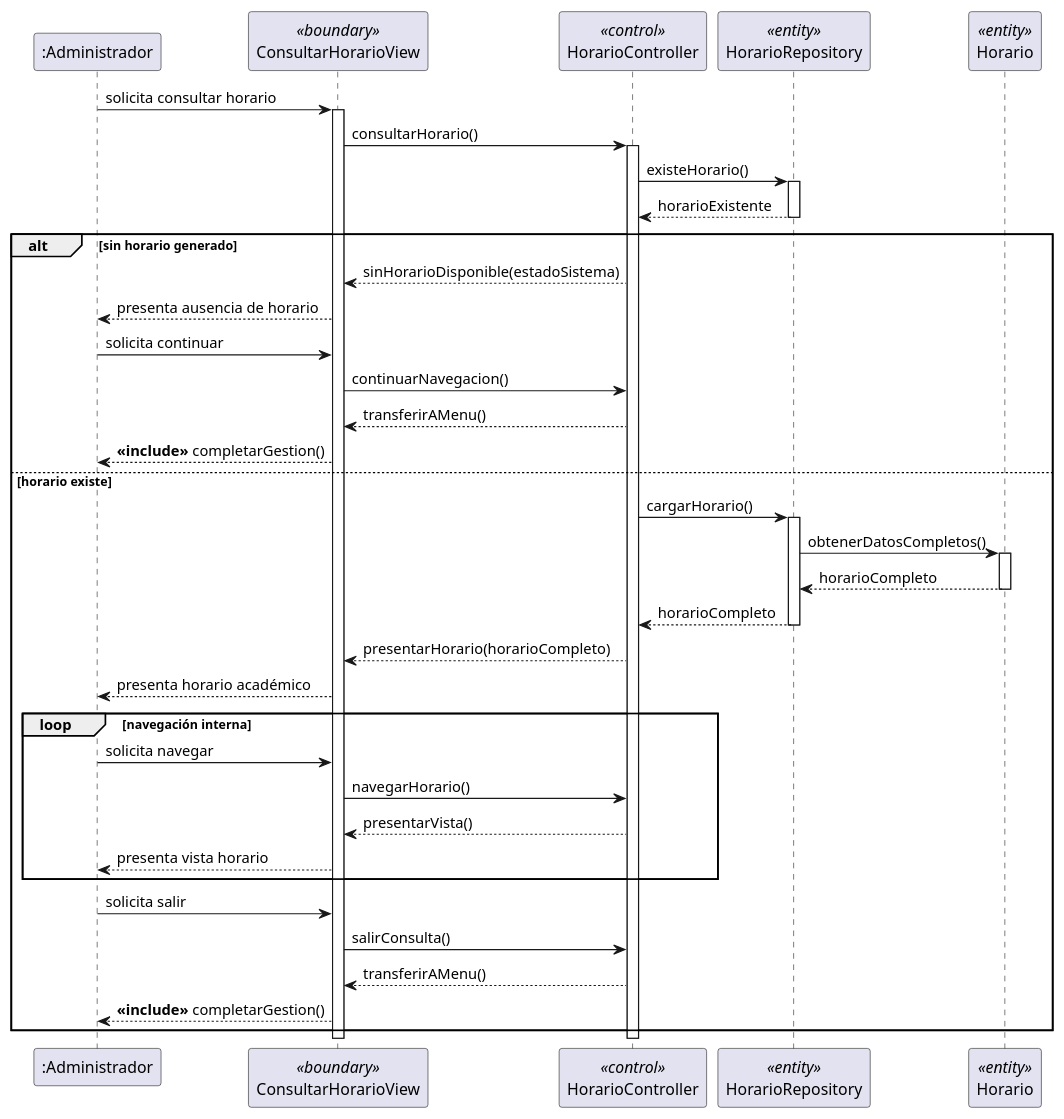
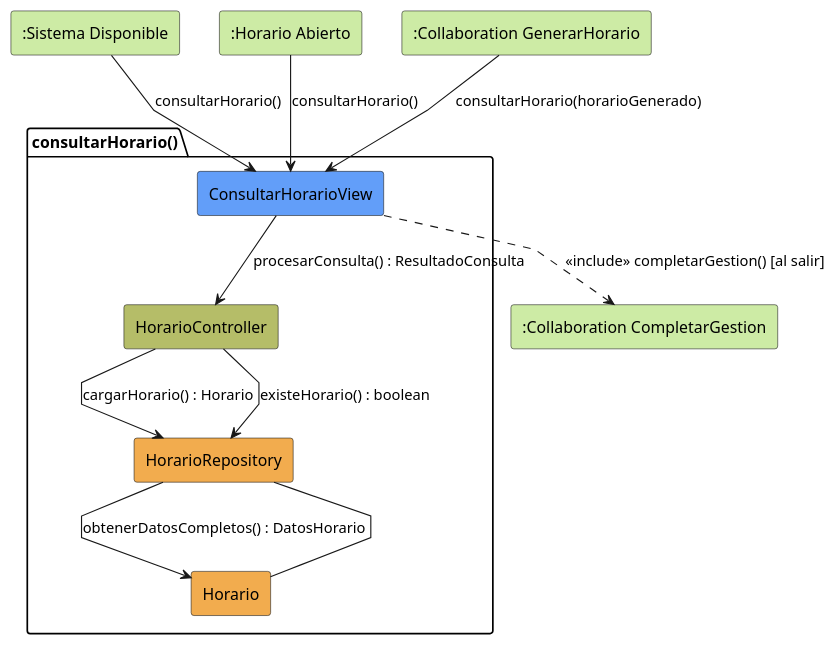
Before and after one commit to Hexcss/scheduler: the diagram in RUP/01-analisis/casos-uso/consultarHorario/colaboracion.puml, drawn with PlantUML. The commit also changed 3 other files, not shown here.

```diff
--- a/RUP/01-analisis/casos-uso/consultarHorario/colaboracion.puml
+++ b/RUP/01-analisis/casos-uso/consultarHorario/colaboracion.puml
@@ -1,58 +1,31 @@
 @startuml consultarHorario-analisis
+skinparam linetype polyline
 
-participant ":Administrador" as Admin
-participant "ConsultarHorarioView" as View <<boundary>>
-participant "HorarioController" as Controller <<control>>
-participant "HorarioRepository" as Repository <<entity>>
-participant "Horario" as Schedule <<entity>>
+rectangle #CDEBA5 ":Sistema Disponible" as SistemaDisponible
+rectangle #CDEBA5 ":Horario Abierto" as HorarioAbierto
+rectangle #CDEBA5 ":Collaboration GenerarHorario" as GenerarHorario
+rectangle #CDEBA5 ":Collaboration CompletarGestion" as CompletarGestion
 
-Admin -> View : solicita consultar horario
+package consultarHorario as "consultarHorario()" {
+    rectangle #629EF9 ConsultarHorarioView
+    rectangle #b5bd68 HorarioController
+    rectangle #F2AC4E HorarioRepository
+    rectangle #F2AC4E Horario
+}
 
-activate View
-View -> Controller : consultarHorario()
-activate Controller
+SistemaDisponible --> ConsultarHorarioView: consultarHorario()
+HorarioAbierto --> ConsultarHorarioView: consultarHorario()
+GenerarHorario --> ConsultarHorarioView: consultarHorario(horarioGenerado)
 
-Controller -> Repository : existeHorario()
-activate Repository
-Repository --> Controller : horarioExistente
-deactivate Repository
+ConsultarHorarioView -d-> HorarioController: procesarConsulta() : ResultadoConsulta
 
-alt sin horario generado
-    Controller --> View : sinHorarioDisponible(estadoSistema)
-    View --> Admin : presenta ausencia de horario
-    
-    Admin -> View : solicita continuar
-    View -> Controller : continuarNavegacion()
-    Controller --> View : transferirAMenu()
-    View --> Admin : **<<include>>** completarGestion()
-    
-else horario existe
-    Controller -> Repository : cargarHorario()
-    activate Repository
-    Repository -> Schedule : obtenerDatosCompletos()
-    activate Schedule
-    Schedule --> Repository : horarioCompleto
-    deactivate Schedule
-    Repository --> Controller : horarioCompleto
-    deactivate Repository
-    
-    Controller --> View : presentarHorario(horarioCompleto)
-    View --> Admin : presenta horario académico
-    
-    loop navegación interna
-        Admin -> View : solicita navegar
-        View -> Controller : navegarHorario()
-        Controller --> View : presentarVista()
-        View --> Admin : presenta vista horario
-    end
-    
-    Admin -> View : solicita salir
-    View -> Controller : salirConsulta()
-    Controller --> View : transferirAMenu()
-    View --> Admin : **<<include>>** completarGestion()
-end
+HorarioController --> HorarioRepository: cargarHorario() : Horario
+HorarioController --> HorarioRepository: existeHorario() : boolean
 
-deactivate Controller
-deactivate View
+HorarioRepository --> Horario: obtenerDatosCompletos() : DatosHorario
+
+HorarioRepository -- Horario
+
+ConsultarHorarioView ..> CompletarGestion: <<include>> completarGestion() [al salir]
 
 @enduml
```
